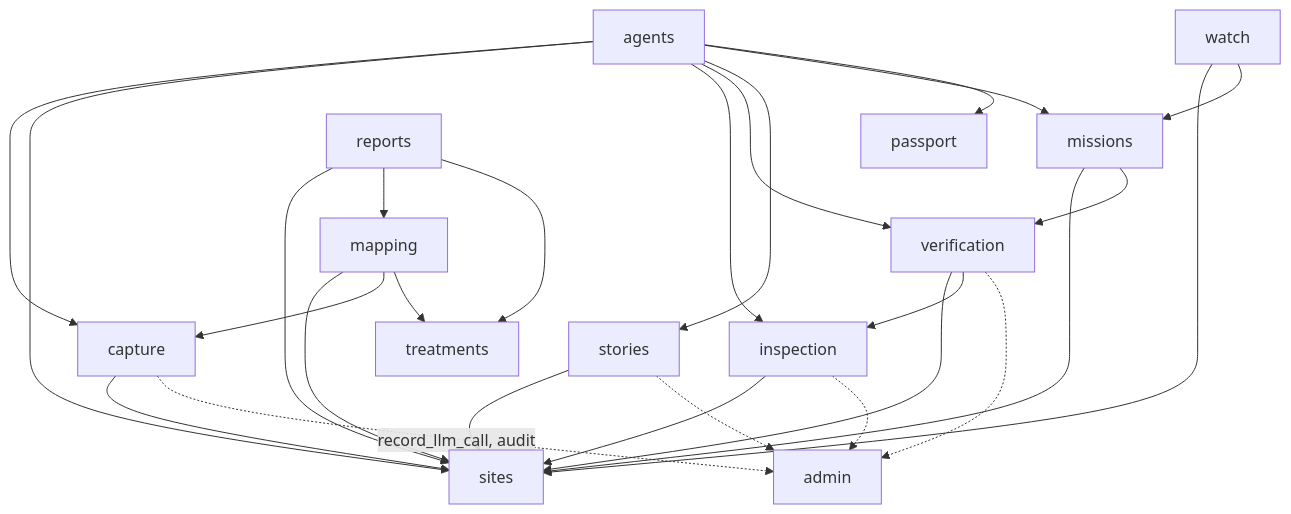
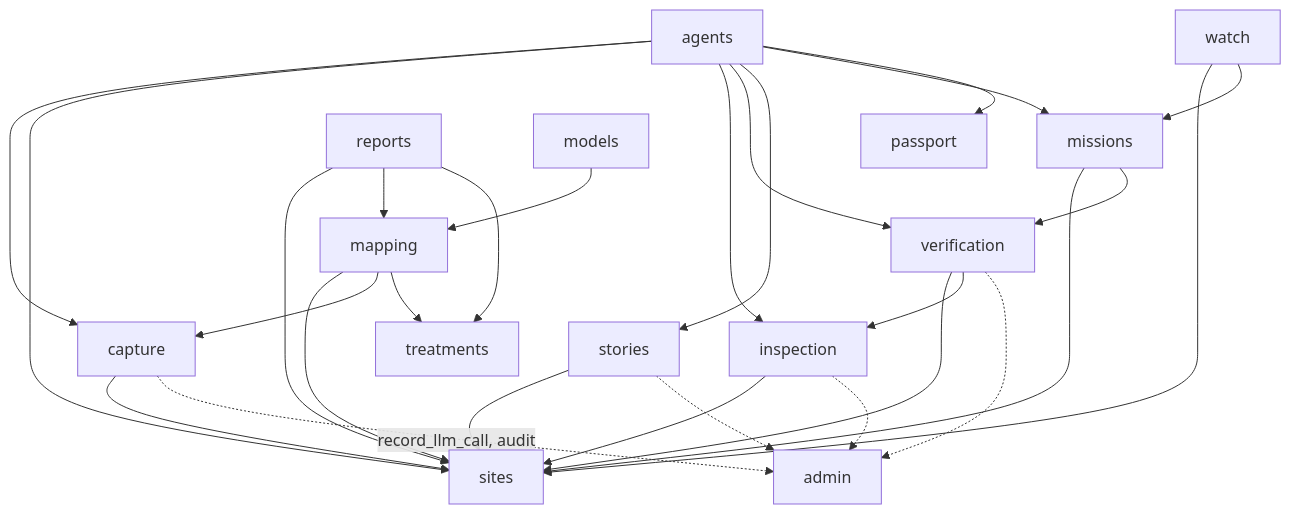
Before and after one commit to Muath477/Athar: the first of 8 diagrams in docs/03-architecture.md, drawn with Mermaid. The commit also changed other lines of this file and 3 other files, not shown here.

````diff
--- a/docs/03-architecture.md
+++ b/docs/03-architecture.md
@@ -43,29 +44,30 @@
 ```mermaid
 flowchart TD
   agents --> capture
   agents --> sites
   agents --> inspection
   agents --> verification
   agents --> stories
   agents --> missions
   agents --> passport
   capture --> sites
   inspection --> sites
   verification --> sites
   verification --> inspection
   stories --> sites
   missions --> sites
   missions --> verification
   reports --> sites
   reports --> mapping
   reports --> treatments
   watch --> sites
   watch --> missions
   mapping --> sites
   mapping --> capture
   mapping --> treatments
+  models --> mapping
   capture -.->|record_llm_call, audit| admin
   inspection -.-> admin
   verification -.-> admin
   stories -.-> admin
 ```
````
